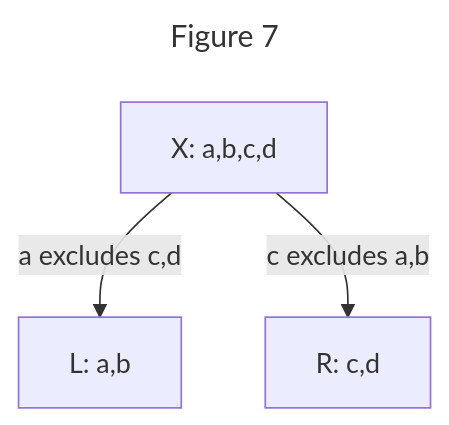
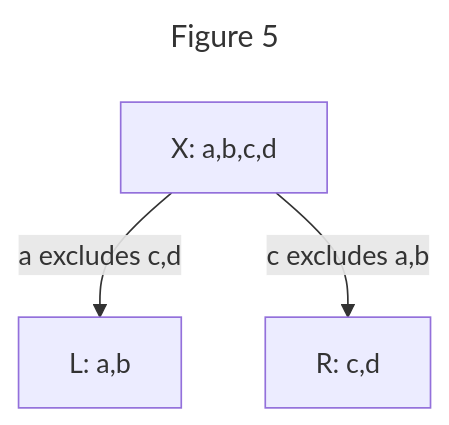
One commit to ssbc/ssb-group-exclusion-spec changed the fifth of 9 diagrams in README.md. Above: the diagram before and after it, drawn with Mermaid. The commit also changed other lines of this file, not shown here.

````diff
--- a/README.md
+++ b/README.md
@@ -323,9 +330,9 @@
 ```mermaid
 ---
-title: Figure 7
+title: Figure 5
 ---
 graph TB;
   zero[X: a,b,c,d]
   zero--"a excludes c,d"-->L[L: a,b]
   zero--"c excludes a,b"-->R[R: c,d]
 ```
````
